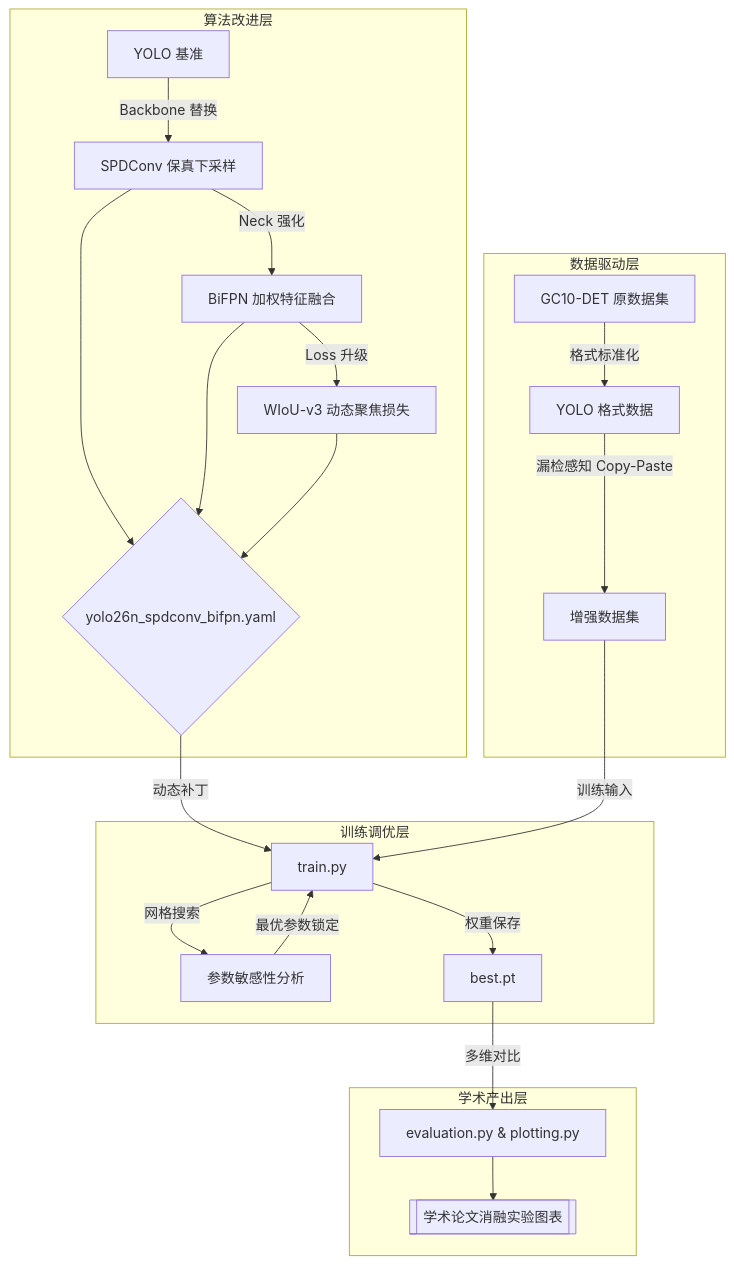
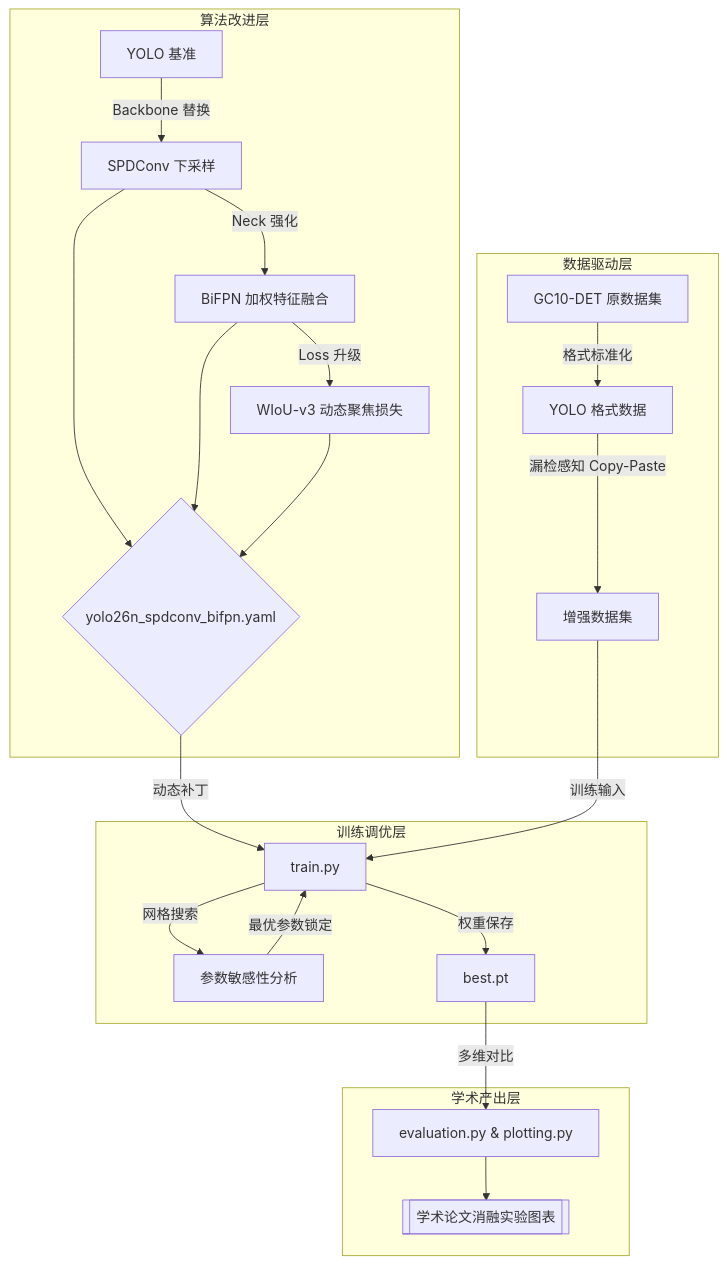
Before and after one commit to jhuang6451/defect_detection_yolo: the diagram in README.md, drawn with Mermaid. The commit also changed other lines of this file and 1 other file, not shown here.

Commit message:
Update README, add script for automatically extracting paper materials

````diff
--- a/README.md
+++ b/README.md
@@ -18,27 +18,27 @@
 ```mermaid
 flowchart TD
     subgraph Data_Hub [数据驱动层]
         A[GC10-DET 原数据集] -->|格式标准化| B[YOLO 格式数据]
         B -->|漏检感知 Copy-Paste| C[增强数据集]
     end
 
     subgraph Core_Model [算法改进层]
-        E[YOLO 基准] -->|Backbone 替换| F[SPDConv 保真下采样]
+        E[YOLO 基准] -->|Backbone 替换| F[SPDConv 下采样]
         F -->|Neck 强化| G[BiFPN 加权特征融合]
         G -->|Loss 升级| H[WIoU-v3 动态聚焦损失]
         F & G & H --> I{yolo26n_spdconv_bifpn.yaml}
     end
 
     subgraph Optimization [训练调优层]
         I -->|动态补丁| J[train.py]
         C -->|训练输入| J
         J -->|网格搜索| K[参数敏感性分析]
         K -->|最优参数锁定| J
         J -->|权重保存| L[best.pt]
     end
 
     subgraph Academic_Output [学术产出层]
         L -->|多维对比| M[evaluation.py & plotting.py]
         M --> P[[学术论文消融实验图表]]
     end
 ```
````
